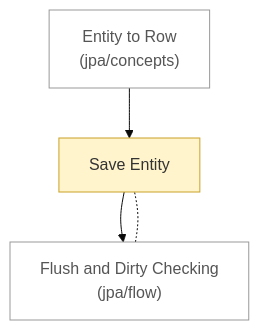
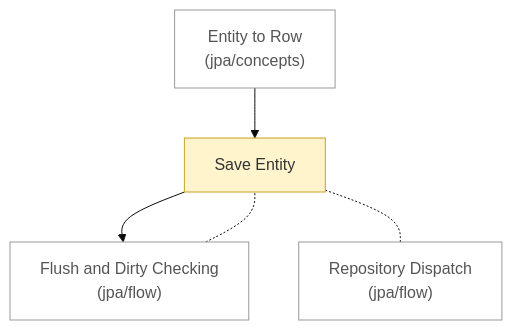
Before and after one commit to Pizza-Mozzarella/self-learning: the diagram in notes/backend/flow/README.md, drawn with Mermaid (base theme). The commit also changed 44 other files, not shown here.

````diff
--- a/notes/backend/flow/README.md
+++ b/notes/backend/flow/README.md
@@ -6,13 +6,15 @@
 ```mermaid
 flowchart TD
     n0["Save Entity"]:::draft
     n1["Entity to Row<br/>(jpa/concepts)"]:::ext
     n2["Flush and Dirty Checking<br/>(jpa/flow)"]:::ext
+    n3["Repository Dispatch<br/>(jpa/flow)"]:::ext
     n0 --> n2
+    n0 -.- n3
     n1 --> n0
     n2 -.- n0
     classDef stub fill:#eeeeee,stroke:#999999,stroke-dasharray:4 3,color:#555555
     classDef draft fill:#fff4cc,stroke:#c9a227,color:#333333
     classDef ok fill:#d8f0dc,stroke:#3a9d5d,color:#222222
     classDef ext fill:#ffffff,stroke:#999999,color:#555555
 ```
````
